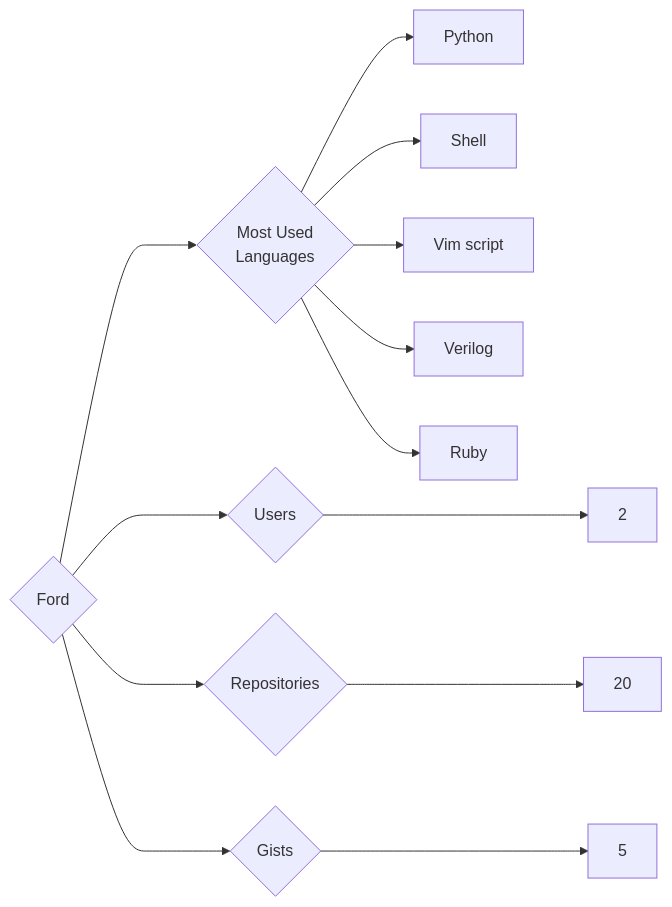
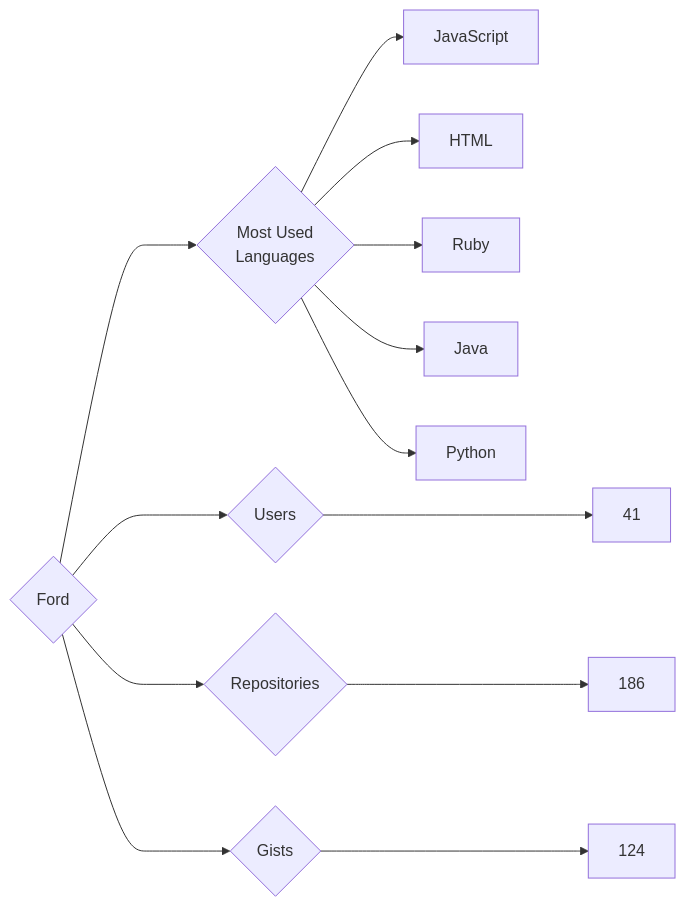
The diagram in targets/Ford/README.md (trickest/insiders), drawn with Mermaid before and after one commit. The commit also changed 775 other files, not shown here.

````diff
--- a/targets/Ford/README.md
+++ b/targets/Ford/README.md
@@ -3,13 +3,13 @@
 ```mermaid
 graph LR
 COMPANY_NAME{Ford}
-COMPANY_NAME ---> U{Users} ---> UN[2]
-COMPANY_NAME ---> R{Repositories} ---> RN[20]
-COMPANY_NAME ---> G{Gists} ---> GN[5]
+COMPANY_NAME ---> U{Users} ---> UN[41]
+COMPANY_NAME ---> R{Repositories} ---> RN[186]
+COMPANY_NAME ---> G{Gists} ---> GN[124]
 COMPANY_NAME ---> ML{Most Used<br>Languages}
+ML --> JavaScript[JavaScript]
+ML --> HTML[HTML]
+ML --> Ruby[Ruby]
+ML --> Java[Java]
 ML --> Python[Python]
-ML --> Shell[Shell]
-ML --> Vim_script[Vim script]
-ML --> Verilog[Verilog]
-ML --> Ruby[Ruby]
 ```
````
